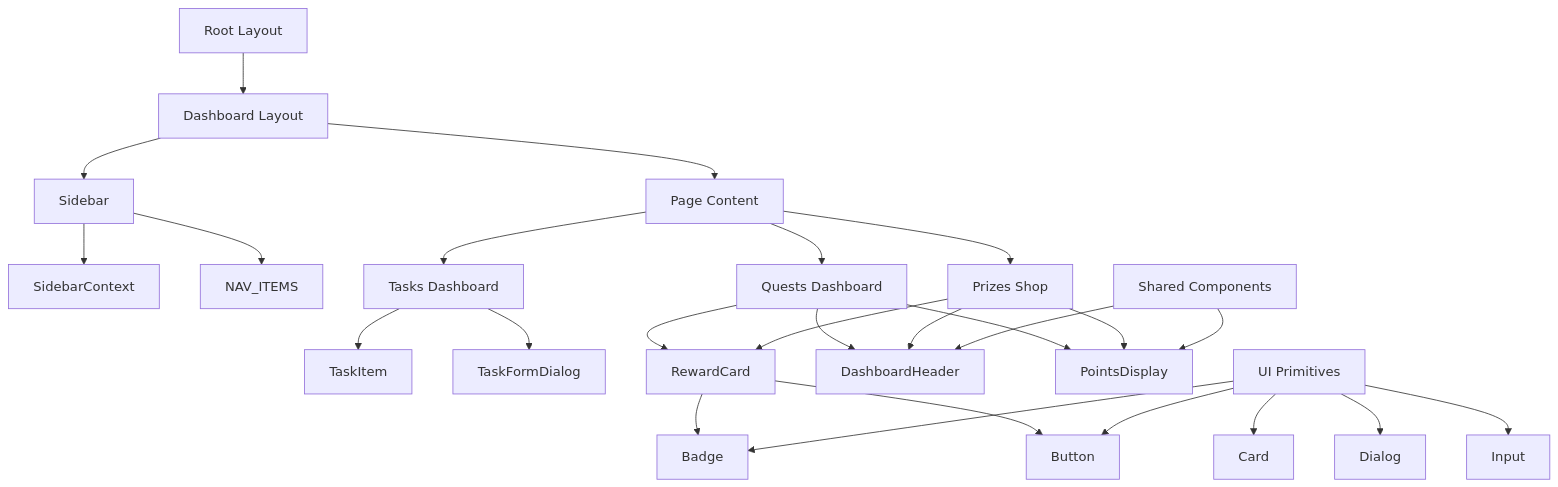
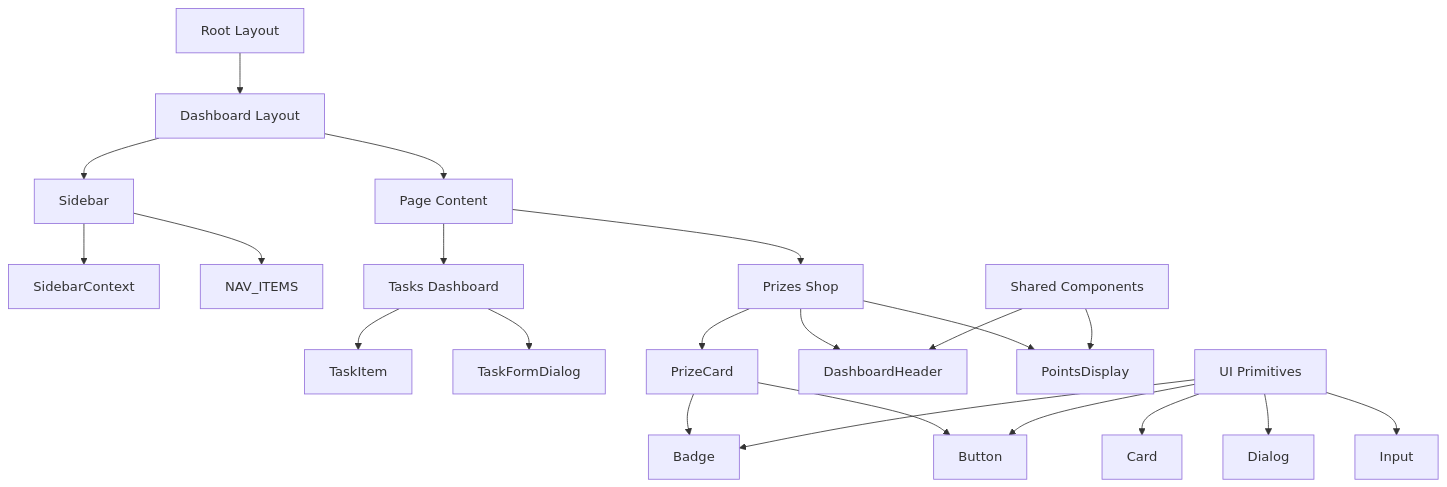
The diagram in .context/client-components.md (dhanushdotcodes/Inaam), drawn with Mermaid before and after one commit. The commit also changed other lines of this file and 4 other files, not shown here.

Commit message:
docs: update PRD, API spec, schema and context to reflect removal of quests

````diff
--- a/.context/client-components.md
+++ b/.context/client-components.md
@@ -7,35 +7,31 @@
 ```mermaid
 graph TD
     Root[Root Layout] --> DashboardLayout[Dashboard Layout]
     DashboardLayout --> Sidebar[Sidebar]
     DashboardLayout --> PageContent[Page Content]
     
     Sidebar --> SidebarContext[SidebarContext]
     Sidebar --> NavItems[NAV_ITEMS]
     
     PageContent --> TasksPage[Tasks Dashboard]
-    PageContent --> QuestsPage[Quests Dashboard]
     PageContent --> PrizesPage[Prizes Shop]
     
     TasksPage --> TaskItem[TaskItem]
     TasksPage --> TaskFormDialog[TaskFormDialog]
     
-    QuestsPage --> RewardCard[RewardCard]
-    PrizesPage --> RewardCard[RewardCard]
-    QuestsPage --> DashboardHeader[DashboardHeader]
+    PrizesPage --> PrizeCard[PrizeCard]
     PrizesPage --> DashboardHeader[DashboardHeader]
-    QuestsPage --> PointsDisplay[PointsDisplay]
     PrizesPage --> PointsDisplay[PointsDisplay]
     
-    RewardCard --> Badge[Badge]
-    RewardCard --> Button[Button]
+    PrizeCard --> Badge[Badge]
+    PrizeCard --> Button[Button]
     
     Shared[Shared Components] --> PointsDisplay
     Shared --> DashboardHeader
     
     UI[UI Primitives] --> Button
     UI --> Card
     UI --> Dialog
     UI --> Input
     UI --> Badge
 ```
````
